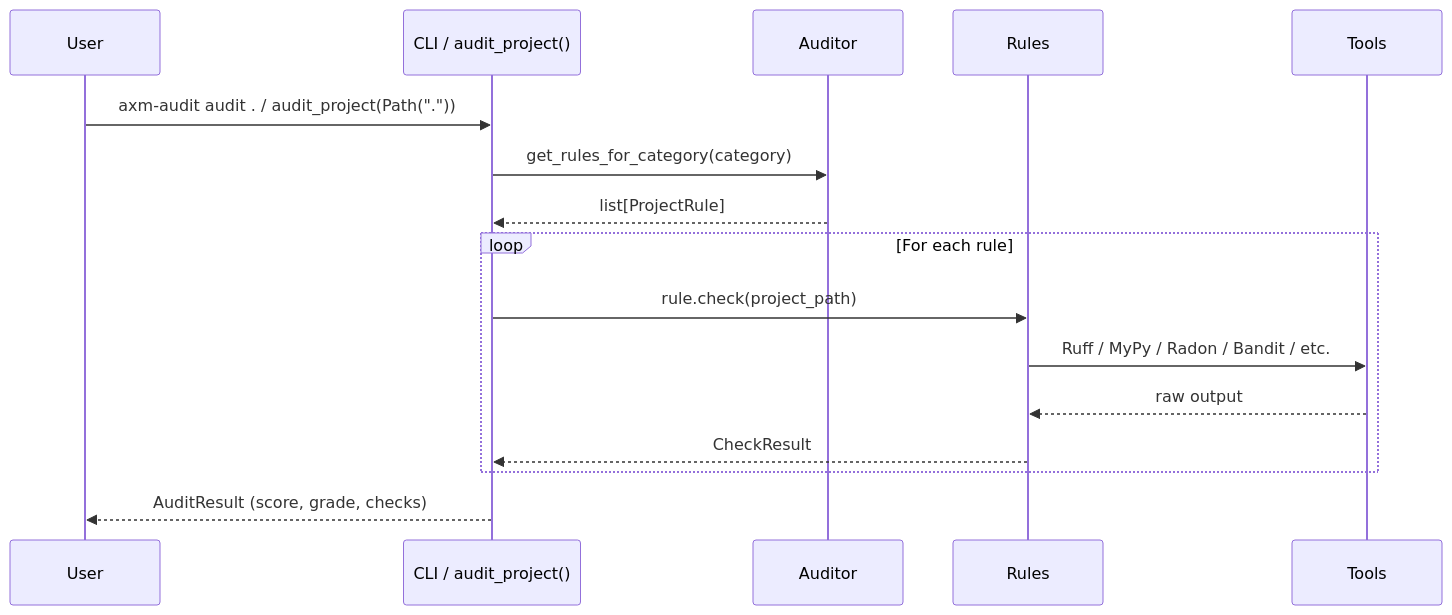
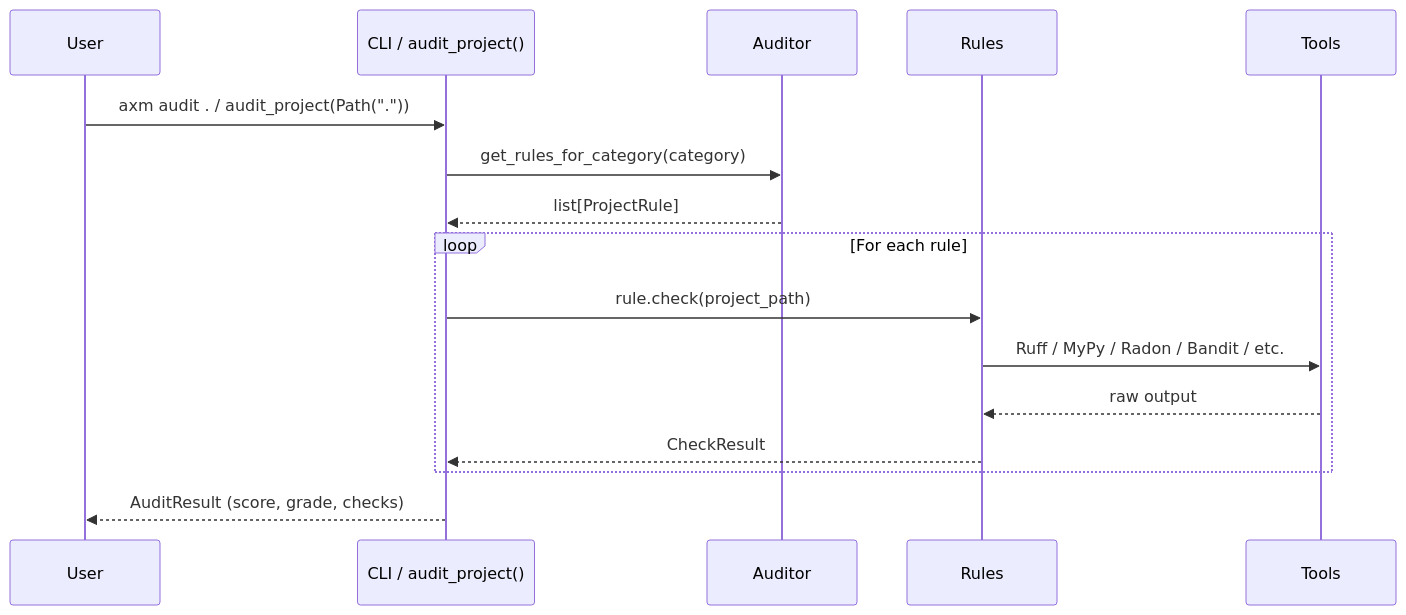
One commit to axm-protocols/axm-forge changed the second of 2 diagrams in packages/axm-audit/docs/explanation/architecture.md. Above: the diagram before and after it, drawn with Mermaid. The commit also changed other lines of this file and 39 other files, not shown here.

First line of the commit message:
refactor(axm-audit): remove legacy CLI facade

````diff
--- a/packages/axm-audit/docs/explanation/architecture.md
+++ b/packages/axm-audit/docs/explanation/architecture.md
@@ -184,19 +184,19 @@
 ```mermaid
 sequenceDiagram
     participant User
     participant CLI as CLI / audit_project()
     participant Auditor
     participant Rules
     participant Tools
 
-    User->>CLI: axm-audit audit . / audit_project(Path("."))
+    User->>CLI: axm audit . / audit_project(Path("."))
     CLI->>Auditor: get_rules_for_category(category)
     Auditor-->>CLI: list[ProjectRule]
     loop For each rule
         CLI->>Rules: rule.check(project_path)
         Rules->>Tools: Ruff / MyPy / Radon / Bandit / etc.
         Tools-->>Rules: raw output
         Rules-->>CLI: CheckResult
     end
     CLI-->>User: AuditResult (score, grade, checks)
 ```
````
